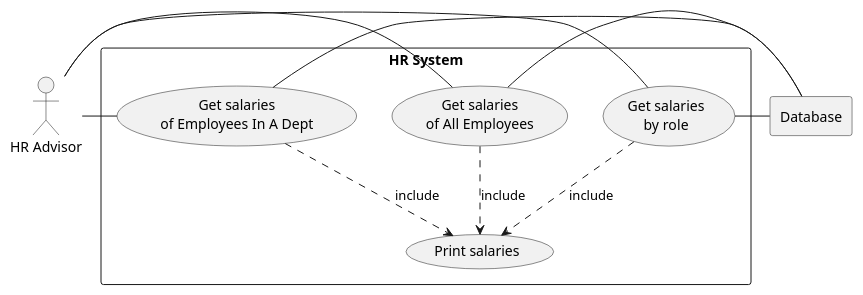
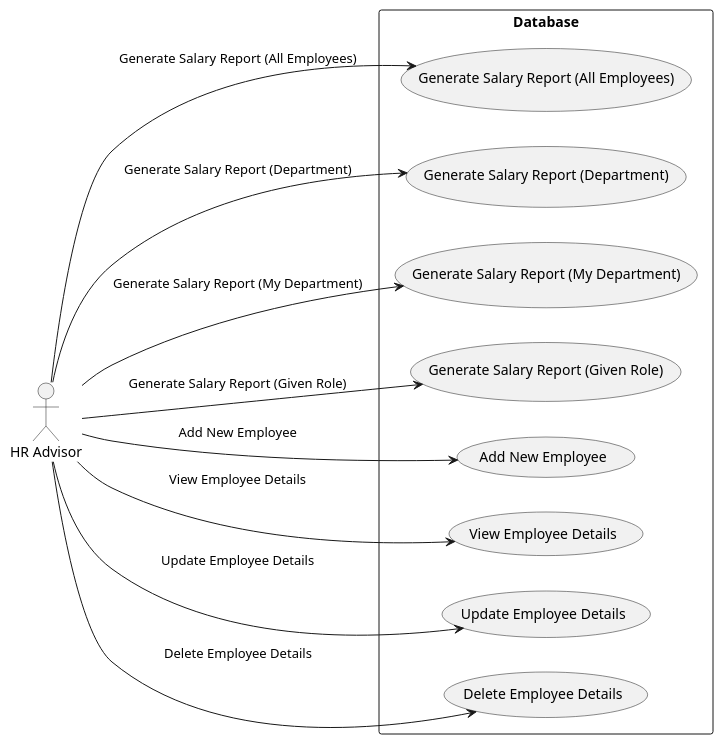
The diagram in use-cases/HR System.puml (BobbyWal78/sem), drawn with PlantUML before and after one commit.

Commit message:
update HR System.pml

```diff
--- a/use-cases/HR System.puml
+++ b/use-cases/HR System.puml
@@ -1,49 +1,25 @@
 @startuml
+left to right direction
 
-actor HR as "HR Advisor"
-
-rectangle Database
-
-rectangle "HR System" {
-    usecase UC4 as "Get salaries
-    by role"
-
-    usecase UCa as "Print salaries"
-
-    HR - UC4
-    UC4 ..> UCa : include
-    UC4 - Database
+actor "HR Advisor" as Employee
+rectangle "Database" {
+  usecase "Generate Salary Report (All Employees)" as SalaryReportAll
+  usecase "Generate Salary Report (Department)" as SalaryReportDepartment
+  usecase "Generate Salary Report (My Department)" as SalaryReportMyDepartment
+  usecase "Generate Salary Report (Given Role)" as SalaryReportGivenRole
+  usecase "Add New Employee" as AddEmployee
+  usecase "View Employee Details" as ViewEmployeeDetails
+  usecase "Update Employee Details" as UpdateEmployeeDetails
+  usecase "Delete Employee Details" as DeleteEmployeeDetails
 }
 
-actor HR as "HR Advisor "
-
-rectangle Database
-
-rectangle "HR System" {
-    usecase UC1 as "Get salaries
-    of All Employees"
-
-    usecase UCa as "Print salaries"
-
-    HR - UC1
-    UC1 ..> UCa : include
-    UC1 - Database
-}
-
-actor HR as "HR Advisor"
-
-rectangle Database
-
-rectangle "HR System" {
-    usecase UC2 as "Get salaries
-    of Employees In A Dept"
-
-    usecase UCa as "Print salaries"
-
-    HR - UC2
-    UC2 ..> UCa : include
-    UC2 - Database
-}
-
+Employee --> SalaryReportAll: Generate Salary Report (All Employees)
+Employee --> SalaryReportDepartment: Generate Salary Report (Department)
+Employee --> SalaryReportMyDepartment: Generate Salary Report (My Department)
+Employee --> SalaryReportGivenRole: Generate Salary Report (Given Role)
+Employee --> AddEmployee: Add New Employee
+Employee --> ViewEmployeeDetails: View Employee Details
+Employee --> UpdateEmployeeDetails: Update Employee Details
+Employee --> DeleteEmployeeDetails: Delete Employee Details
 
 @enduml
```
